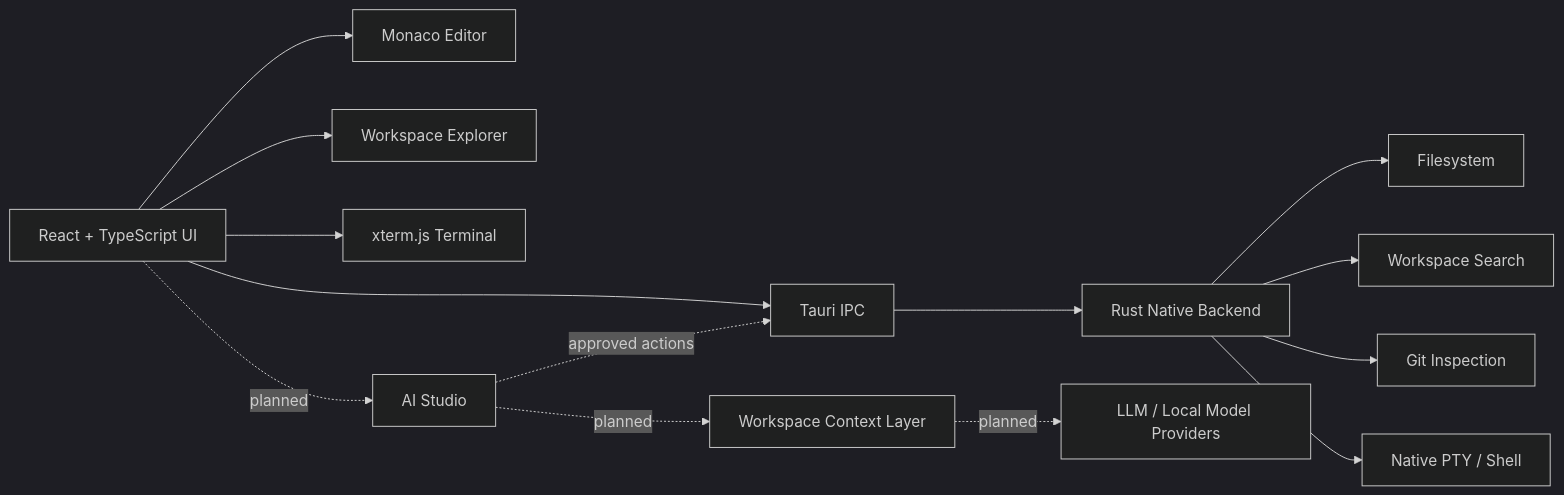
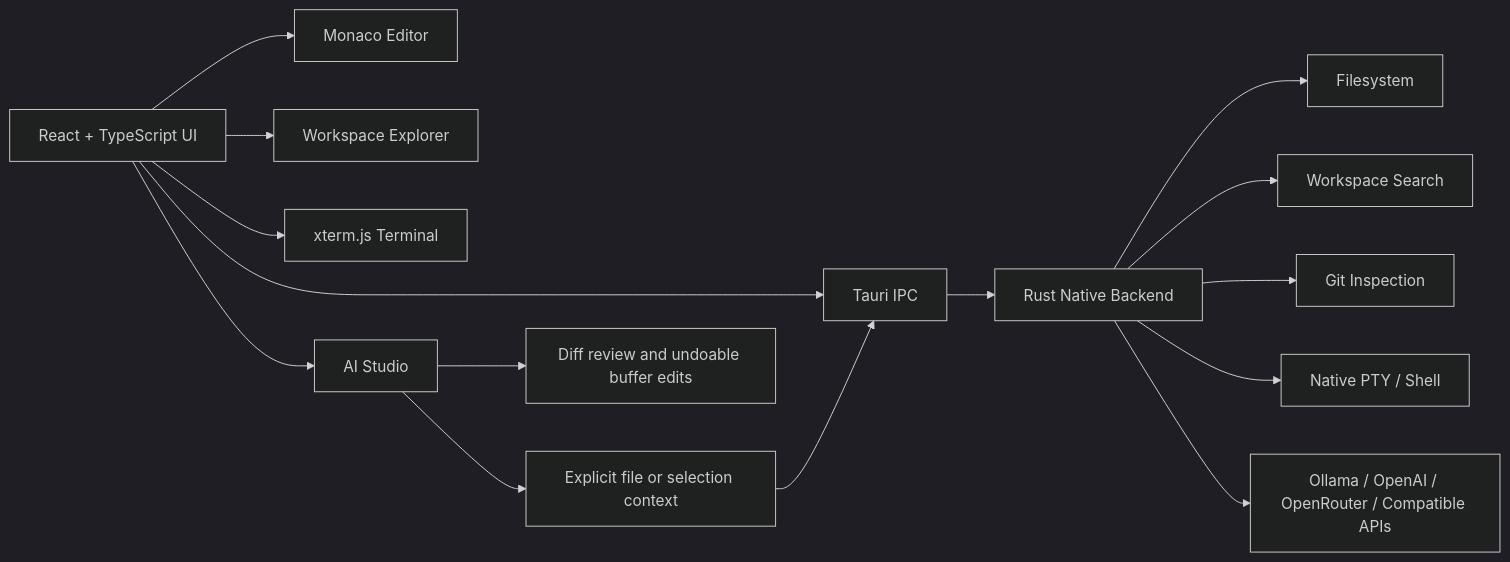
One commit to fcopensource/veyraeditor changed the diagram in README.md. Above: the diagram before and after it, drawn with Mermaid (dark theme). The commit also changed other lines of this file and 19 other files, not shown here.

Commit message:
feat: ship Veyra Studio AI workspace

````diff
--- a/README.md
+++ b/README.md
@@ -159,18 +164,19 @@
 ```mermaid
 flowchart LR
     UI[React + TypeScript UI] --> Monaco[Monaco Editor]
     UI --> Explorer[Workspace Explorer]
     UI --> Terminal[xterm.js Terminal]
     UI --> IPC[Tauri IPC]
 
     IPC --> Rust[Rust Native Backend]
     Rust --> FS[Filesystem]
     Rust --> Search[Workspace Search]
     Rust --> Git[Git Inspection]
     Rust --> PTY[Native PTY / Shell]
 
-    UI -. planned .-> AI[AI Studio]
-    AI -. planned .-> Context[Workspace Context Layer]
-    Context -. planned .-> Models[LLM / Local Model Providers]
-    AI -. approved actions .-> IPC
+    UI --> AI[AI Studio]
+    AI --> Context[Explicit file or selection context]
+    Context --> IPC
+    Rust --> Models[Ollama / OpenAI / OpenRouter / Compatible APIs]
+    AI --> Review[Diff review and undoable buffer edits]
 ```
````
